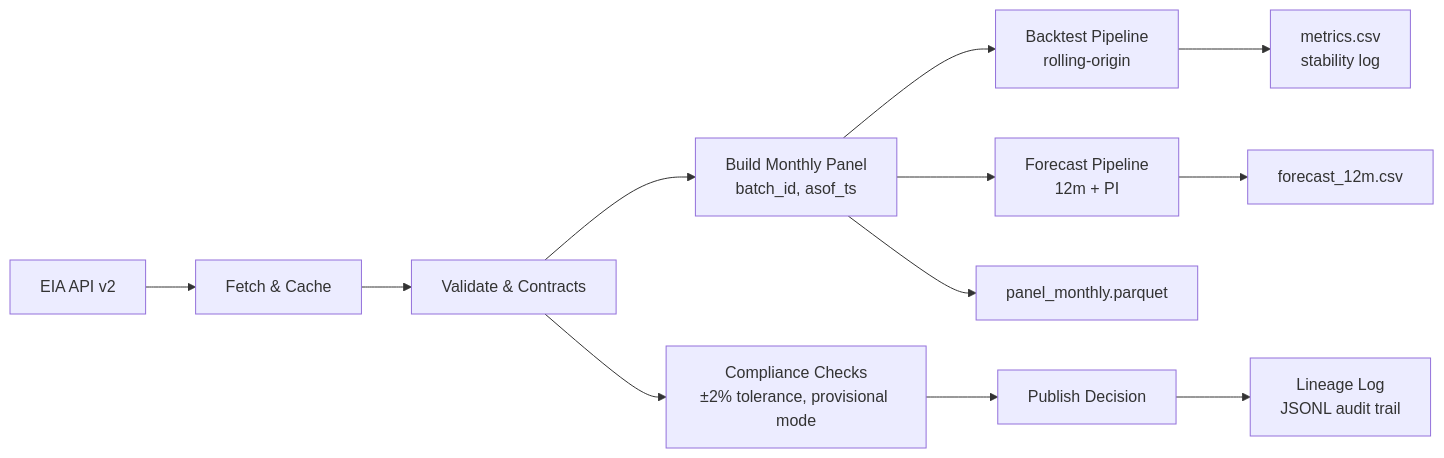
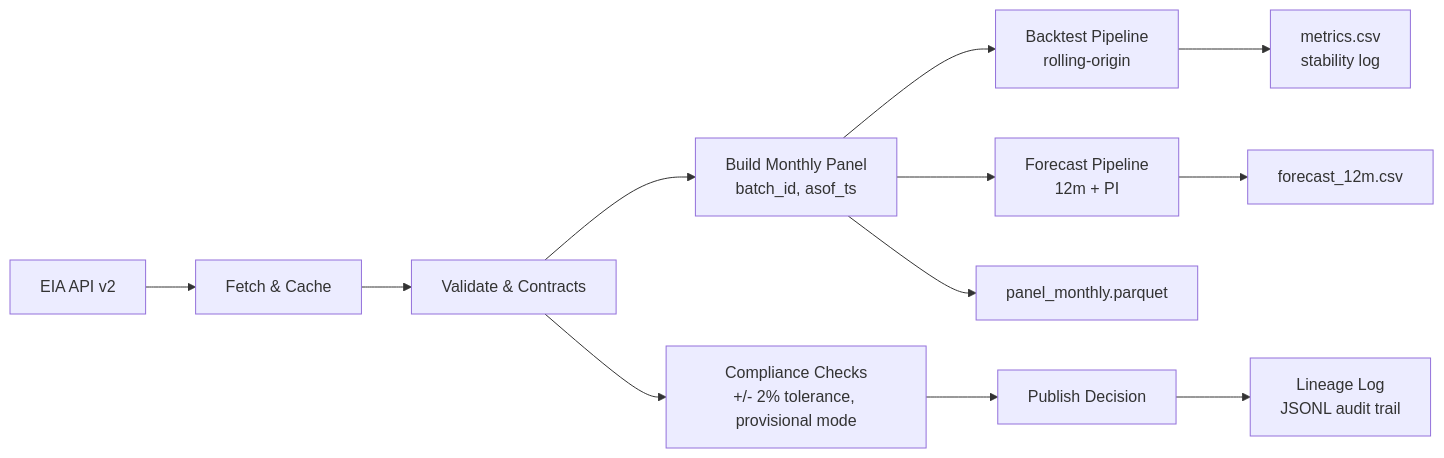
The first of 2 diagrams in docs/architecture.md (bkjohn2018/fuel-tracker), drawn with Mermaid before and after one commit. The commit also changed other lines of this file, not shown here.

Commit message:
docs(encoding): normalize ASCII symbols in architecture.md (tolerance, arrows, naive, plus signs)

````diff
--- a/docs/architecture.md
+++ b/docs/architecture.md
@@ -8,14 +8,14 @@
 ```mermaid
 flowchart LR
     A[EIA API v2] --> B[Fetch & Cache]
     B --> C[Validate & Contracts]
     C --> D[Build Monthly Panel<br/>batch_id, asof_ts]
     D --> E[Backtest Pipeline<br/>rolling-origin]
     D --> F[Forecast Pipeline<br/>12m + PI]
     E --> G[metrics.csv<br/>stability log]
     F --> H[forecast_12m.csv]
     D --> I[panel_monthly.parquet]
-    C --> J[Compliance Checks<br/>±2% tolerance, provisional mode]
+    C --> J[Compliance Checks<br/>+/- 2% tolerance, provisional mode]
     J --> K[Publish Decision]
     K --> L[Lineage Log<br/>JSONL audit trail]
 ```
````
